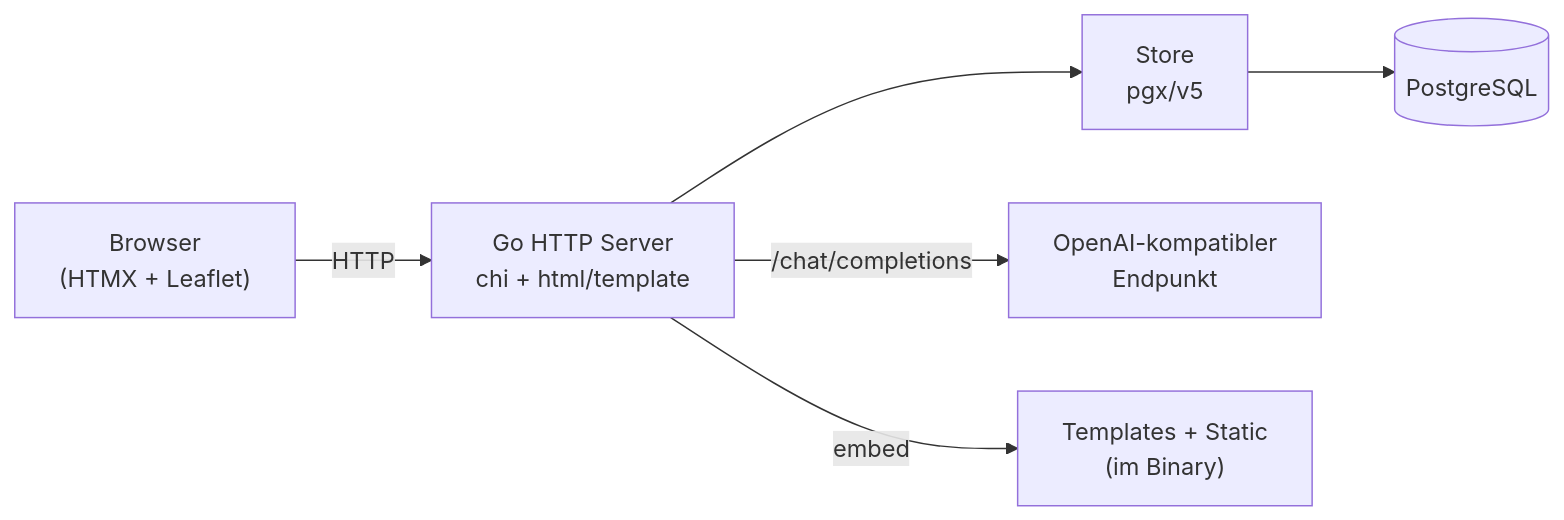
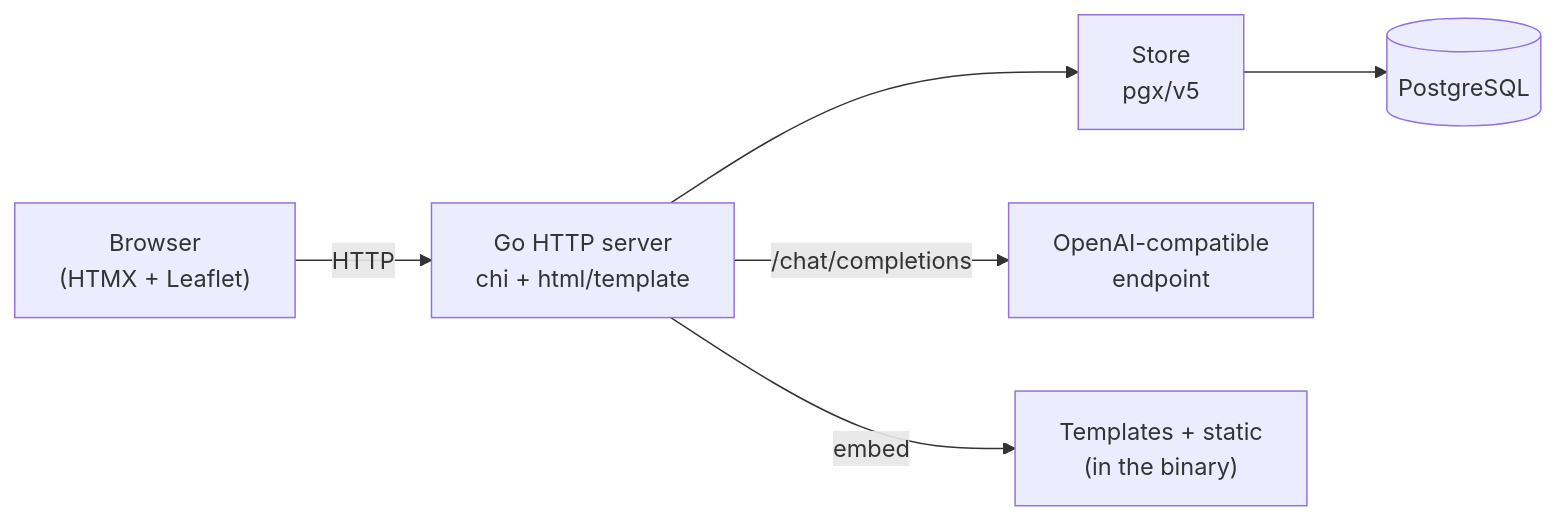
One commit to daknoblo/VacationPlanner changed the diagram in README.md. Above: the diagram before and after it, drawn with Mermaid. The commit also changed other lines of this file and 29 other files, not shown here.

````diff
--- a/README.md
+++ b/README.md
@@ -35,8 +37,8 @@
 ```mermaid
 flowchart LR
-    Browser["Browser<br/>(HTMX + Leaflet)"] -->|HTTP| Server["Go HTTP Server<br/>chi + html/template"]
+    Browser["Browser<br/>(HTMX + Leaflet)"] -->|HTTP| Server["Go HTTP server<br/>chi + html/template"]
     Server --> Store["Store<br/>pgx/v5"]
     Store --> DB[("PostgreSQL")]
-    Server -->|/chat/completions| AI["OpenAI-kompatibler<br/>Endpunkt"]
-    Server -->|embed| Assets["Templates + Static<br/>(im Binary)"]
+    Server -->|/chat/completions| AI["OpenAI-compatible<br/>endpoint"]
+    Server -->|embed| Assets["Templates + static<br/>(in the binary)"]
 ```
````
